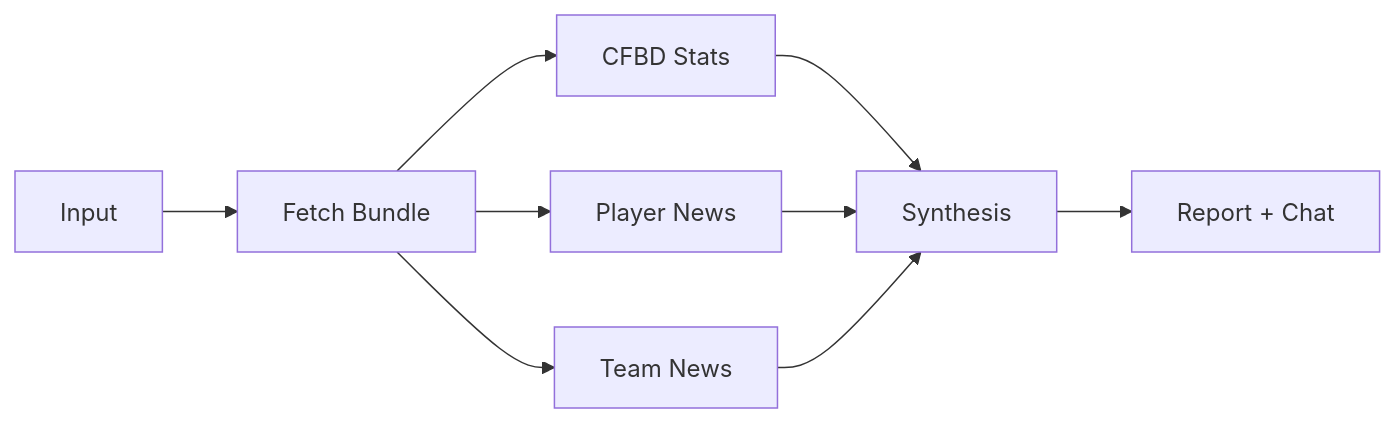
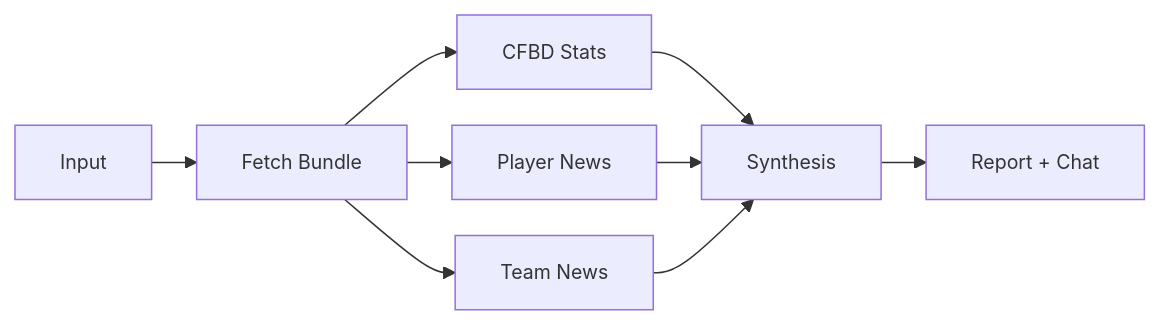
The second of 3 diagrams in report/report.qmd (shaverm96/Gridiron-Intelligence), drawn with Mermaid before and after one commit. The commit also changed other lines of this file and 10 other files, not shown here.

````diff
--- a/report/report.qmd
+++ b/report/report.qmd
@@ -94,9 +118,14 @@
 ```{mermaid}
+%%| fig-cap: "Transfer Portal Architecture"
+%%| fig-align: center
+%%| out-width: 100%
+%%| fig-width: 7
+%%{init: {"flowchart": {"useMaxWidth": true, "nodeSpacing": 24, "rankSpacing": 30}, "themeVariables": {"fontSize": "13px"}}}%%
 flowchart LR
   A[Input] --> B[Fetch Bundle]
   B --> D[CFBD Stats]
   B --> E[Player News]
   B --> F[Team News]
   D & E & F --> G[Synthesis]
   G --> H[Report + Chat]
 ```
````
